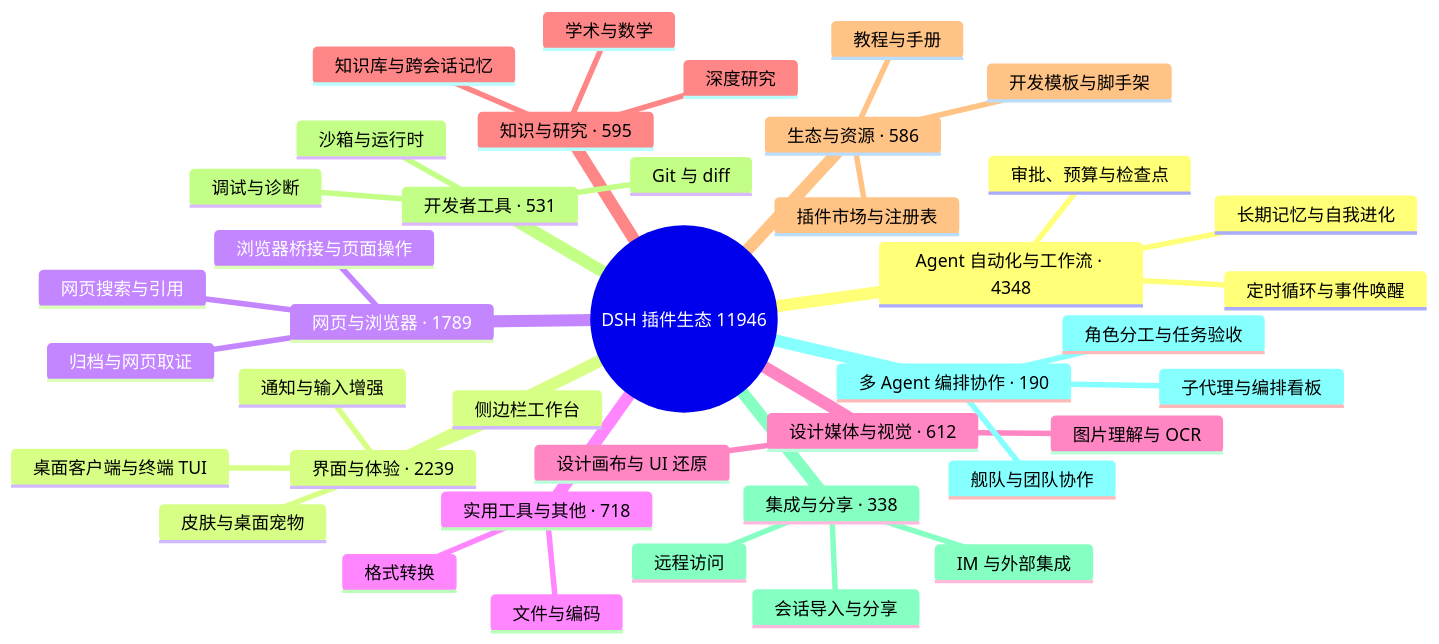
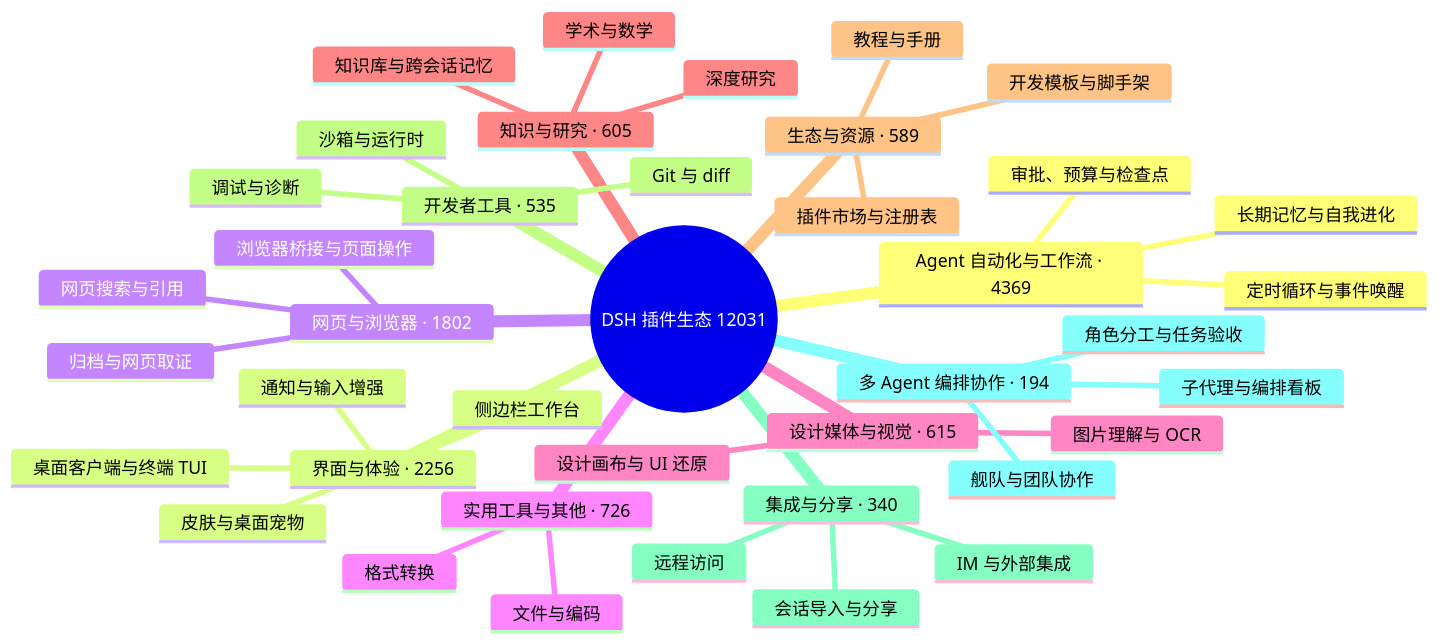
Before and after one commit to BOWLUNA/awesome-dsh-plugin: the diagram in README.md, drawn with Mermaid. The commit also changed other lines of this file and 21 other files, not shown here.

````diff
--- a/README.md
+++ b/README.md
@@ -33,43 +33,43 @@
 ```mermaid
 mindmap
-  root((DSH 插件生态 11946))
-    Agent 自动化与工作流 · 4348
+  root((DSH 插件生态 12031))
+    Agent 自动化与工作流 · 4369
       定时循环与事件唤醒
       长期记忆与自我进化
       审批、预算与检查点
-    界面与体验 · 2239
+    界面与体验 · 2256
       桌面客户端与终端 TUI
       侧边栏工作台
       皮肤与桌面宠物
       通知与输入增强
-    网页与浏览器 · 1789
+    网页与浏览器 · 1802
       浏览器桥接与页面操作
       网页搜索与引用
       归档与网页取证
-    实用工具与其他 · 718
+    实用工具与其他 · 726
       文件与编码
       格式转换
-    设计媒体与视觉 · 612
+    设计媒体与视觉 · 615
       图片理解与 OCR
       设计画布与 UI 还原
-    知识与研究 · 595
+    知识与研究 · 605
       知识库与跨会话记忆
       深度研究
       学术与数学
-    生态与资源 · 586
+    生态与资源 · 589
       插件市场与注册表
       开发模板与脚手架
       教程与手册
-    开发者工具 · 531
+    开发者工具 · 535
       Git 与 diff
       沙箱与运行时
       调试与诊断
-    集成与分享 · 338
+    集成与分享 · 340
       会话导入与分享
       远程访问
       IM 与外部集成
-    多 Agent 编排协作 · 190
+    多 Agent 编排协作 · 194
       子代理与编排看板
       舰队与团队协作
       角色分工与任务验收
 ```
````
